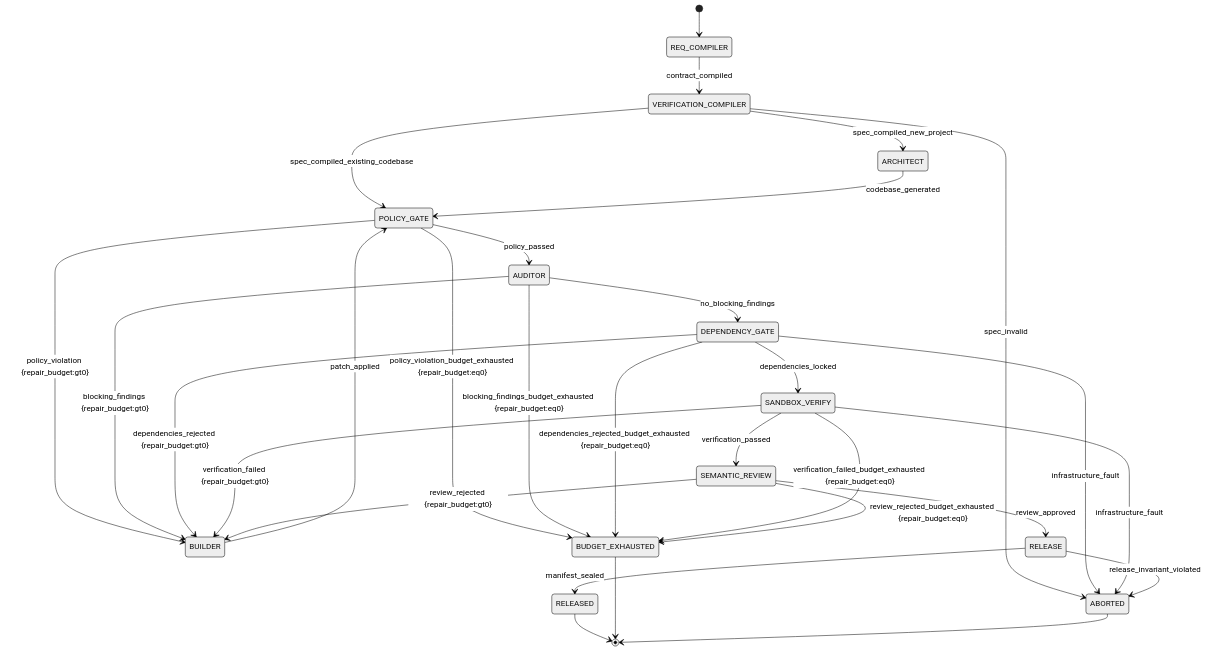
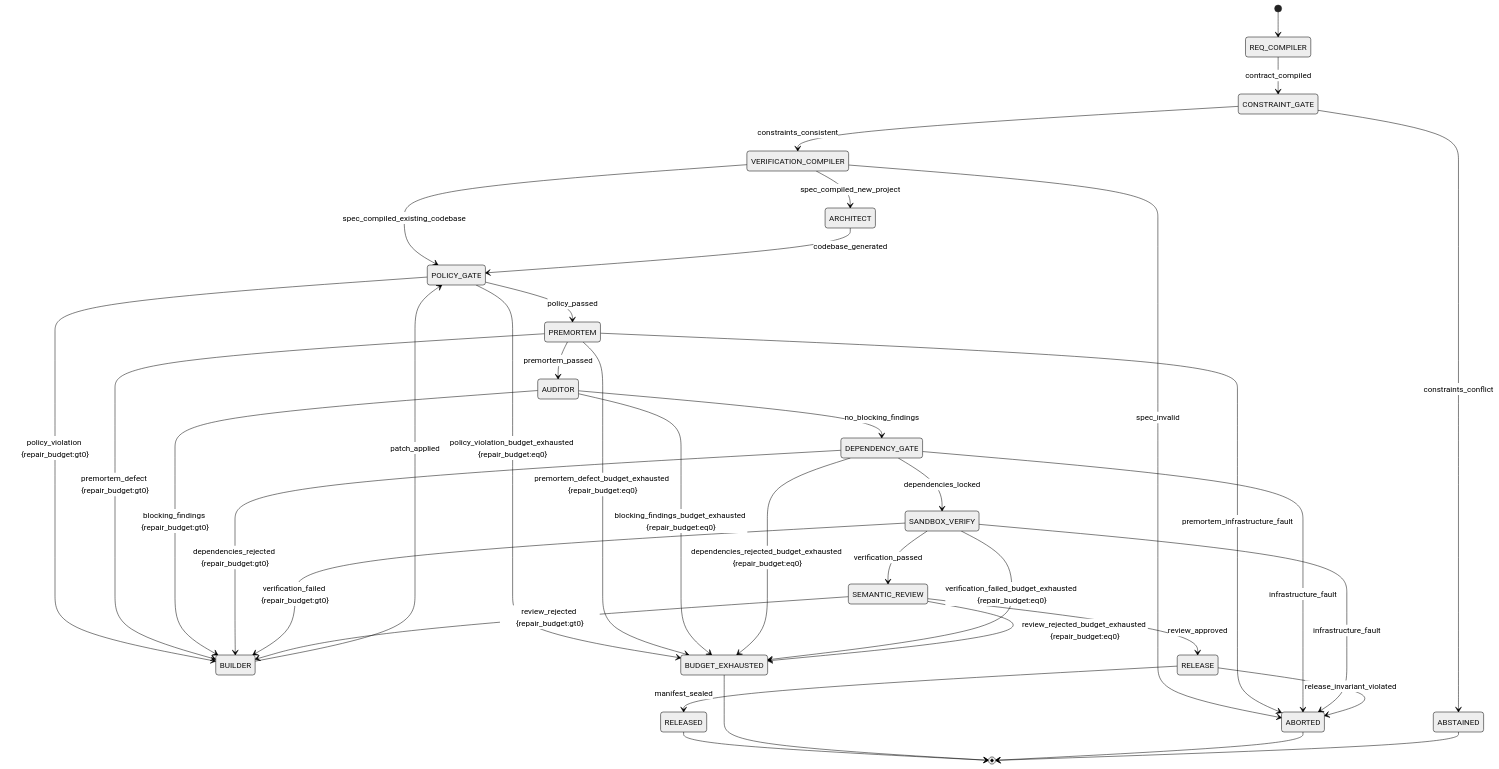
The diagram in verification_compiler/protocol/compiler-lifecycle.mmd (gopannn/AutoAgent), drawn with Mermaid (neutral theme) before and after one commit. The commit also changed 20 other files, not shown here.

Commit message:
Add source-grounded constraint and AST pre-mortem gates

```diff
--- a/verification_compiler/protocol/compiler-lifecycle.mmd
+++ b/verification_compiler/protocol/compiler-lifecycle.mmd
@@ -1,31 +1,38 @@
-%% GENERATED from VC_COMPILER_LIFECYCLE. Do not edit. source-sha256: 43600ee6080fc30a1ff945bbb8f1c75fc3a8a12a4dd82a2708c4cbb397fffda0
+%% GENERATED from VC_COMPILER_LIFECYCLE. Do not edit. source-sha256: 74e3d5b51e6751f91d28b1aab8ccece74feb6939209db6a73577b4d82e1015a5
 stateDiagram-v2
     [*] --> REQ_COMPILER
-    REQ_COMPILER --> VERIFICATION_COMPILER: contract_compiled
+    REQ_COMPILER --> CONSTRAINT_GATE: contract_compiled
+    CONSTRAINT_GATE --> VERIFICATION_COMPILER: constraints_consistent
+    CONSTRAINT_GATE --> ABSTAINED: constraints_conflict
     VERIFICATION_COMPILER --> ARCHITECT: spec_compiled_new_project
     VERIFICATION_COMPILER --> POLICY_GATE: spec_compiled_existing_codebase
     VERIFICATION_COMPILER --> ABORTED: spec_invalid
     ARCHITECT --> POLICY_GATE: codebase_generated
-    POLICY_GATE --> AUDITOR: policy_passed
+    POLICY_GATE --> PREMORTEM: policy_passed
     POLICY_GATE --> BUILDER: policy_violation {repair_budget:gt0}
     POLICY_GATE --> BUDGET_EXHAUSTED: policy_violation_budget_exhausted {repair_budget:eq0}
+    PREMORTEM --> AUDITOR: premortem_passed
+    PREMORTEM --> BUILDER: premortem_defect {repair_budget:gt0}
+    PREMORTEM --> BUDGET_EXHAUSTED: premortem_defect_budget_exhausted {repair_budget:eq0}
+    PREMORTEM --> ABORTED: premortem_infrastructure_fault
     AUDITOR --> DEPENDENCY_GATE: no_blocking_findings
     AUDITOR --> BUILDER: blocking_findings {repair_budget:gt0}
     AUDITOR --> BUDGET_EXHAUSTED: blocking_findings_budget_exhausted {repair_budget:eq0}
     BUILDER --> POLICY_GATE: patch_applied
     DEPENDENCY_GATE --> SANDBOX_VERIFY: dependencies_locked
     DEPENDENCY_GATE --> BUILDER: dependencies_rejected {repair_budget:gt0}
     DEPENDENCY_GATE --> BUDGET_EXHAUSTED: dependencies_rejected_budget_exhausted {repair_budget:eq0}
     DEPENDENCY_GATE --> ABORTED: infrastructure_fault
     SANDBOX_VERIFY --> SEMANTIC_REVIEW: verification_passed
     SANDBOX_VERIFY --> BUILDER: verification_failed {repair_budget:gt0}
     SANDBOX_VERIFY --> BUDGET_EXHAUSTED: verification_failed_budget_exhausted {repair_budget:eq0}
     SANDBOX_VERIFY --> ABORTED: infrastructure_fault
     SEMANTIC_REVIEW --> RELEASE: review_approved
     SEMANTIC_REVIEW --> BUILDER: review_rejected {repair_budget:gt0}
     SEMANTIC_REVIEW --> BUDGET_EXHAUSTED: review_rejected_budget_exhausted {repair_budget:eq0}
     RELEASE --> RELEASED: manifest_sealed
     RELEASE --> ABORTED: release_invariant_violated
     RELEASED --> [*]
     BUDGET_EXHAUSTED --> [*]
     ABORTED --> [*]
+    ABSTAINED --> [*]
```
